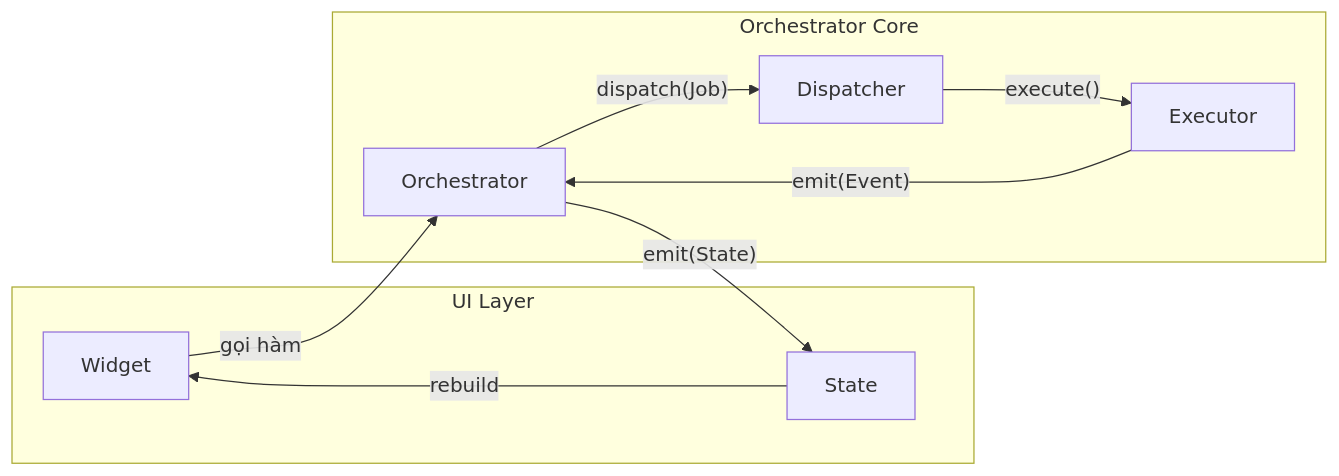
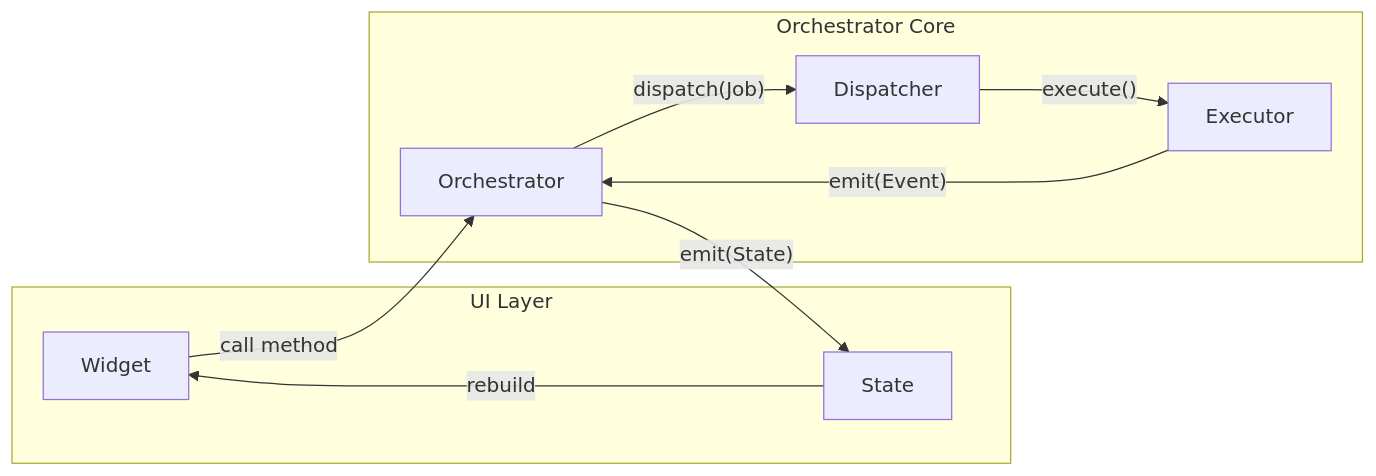
One commit to lploc94/flutter_orchestrator changed the diagram in README.md. Above: the diagram before and after it, drawn with Mermaid. The commit also changed other lines of this file and 1 other file, not shown here.

````diff
--- a/README.md
+++ b/README.md
@@ -23,20 +24,20 @@
 ```mermaid
 flowchart LR
     subgraph UI["UI Layer"]
         Widget["Widget"]
         State["State"]
     end
     
     subgraph Core["Orchestrator Core"]
         Orchestrator["Orchestrator"]
         Dispatcher["Dispatcher"]
         Executor["Executor"]
     end
     
-    Widget -->|"gọi hàm"| Orchestrator
+    Widget -->|"call method"| Orchestrator
     Orchestrator -->|"dispatch(Job)"| Dispatcher
     Dispatcher -->|"execute()"| Executor
     Executor -->|"emit(Event)"| Orchestrator
     Orchestrator -->|"emit(State)"| State
     State -->|"rebuild"| Widget
 ```
````
